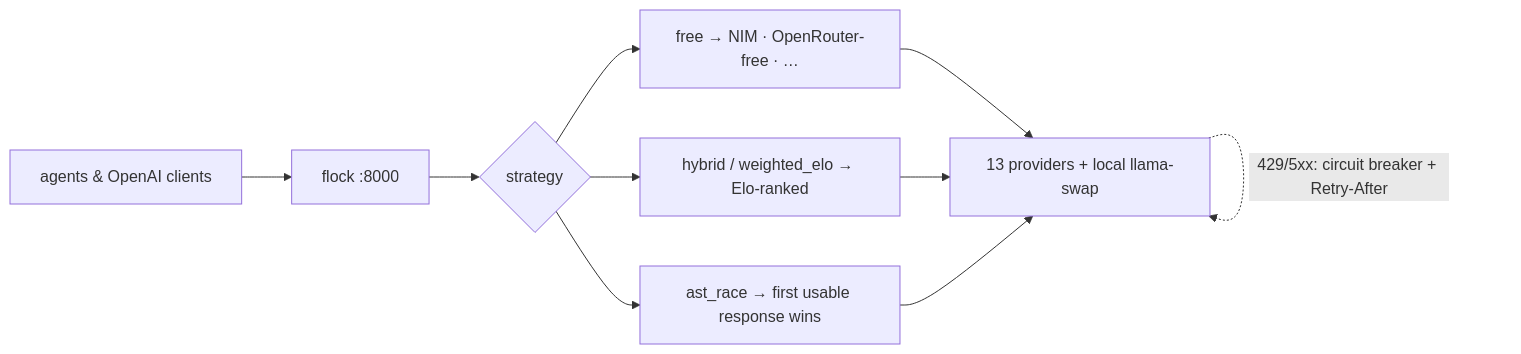
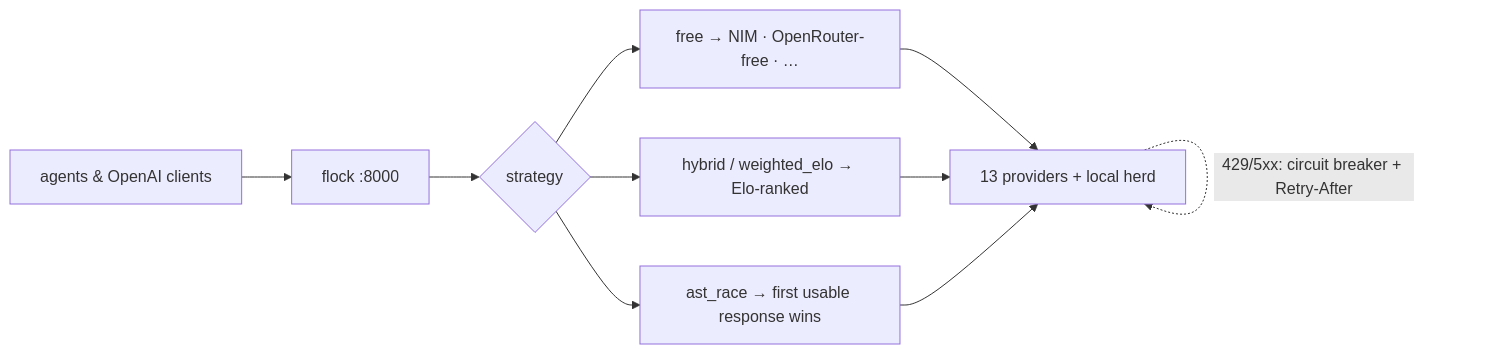
Before and after one commit to toxicwind/ranch: the diagram in flock/README.md, drawn with Mermaid. The commit also changed other lines of this file and 297 other files, not shown here.

Commit message:
rename: llama-swap -> herd (full project rebrand)

````diff
--- a/flock/README.md
+++ b/flock/README.md
@@ -41,12 +41,12 @@
 ```mermaid
 flowchart LR
     clients["agents & OpenAI clients"] --> flock["flock :8000"]
     flock --> strat{"strategy"}
     strat --> free["free → NIM · OpenRouter-free · …"]
     strat --> elo["hybrid / weighted_elo → Elo-ranked"]
     strat --> race["ast_race → first usable response wins"]
-    free --> prov["13 providers + local llama-swap"]
+    free --> prov["13 providers + local herd"]
     elo --> prov
     race --> prov
     prov -. "429/5xx: circuit breaker + Retry-After" .-> prov
 ```
````
